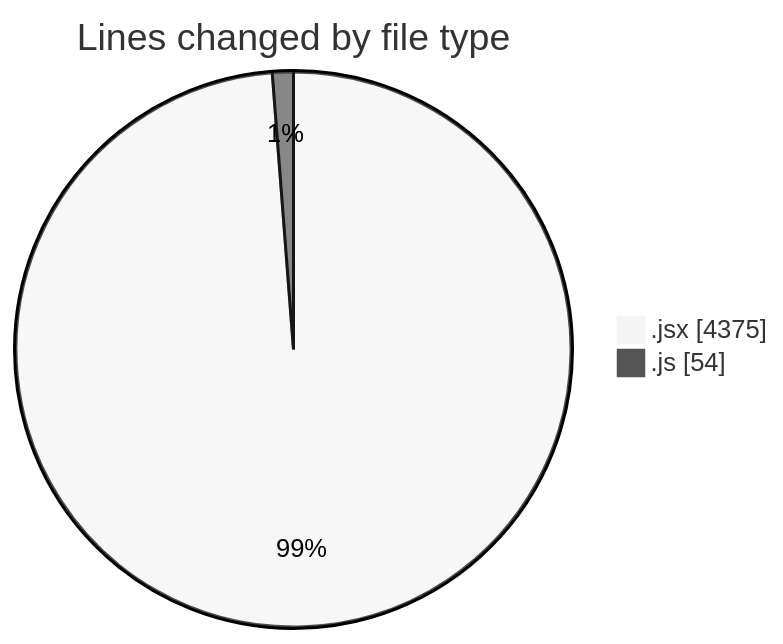
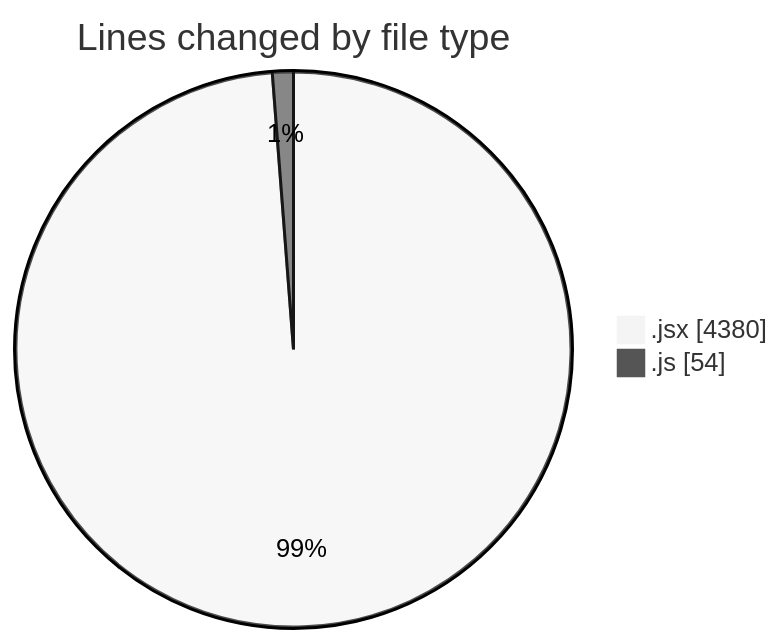
Before and after one commit to nxtqubesakshisongat/code-tracking: the first of 2 diagrams in 2025-06-25/nxtqube_webapp/README.md, drawn with Mermaid (neutral theme). The commit also changed other lines of this file and 1 other file, not shown here.

````diff
--- a/2025-06-25/nxtqube_webapp/README.md
+++ b/2025-06-25/nxtqube_webapp/README.md
@@ -24,6 +24,6 @@
 ```mermaid
 pie showData
 title Lines changed by file type
-".jsx" : 4375
+".jsx" : 4380
 ".js" : 54
 ```
````
